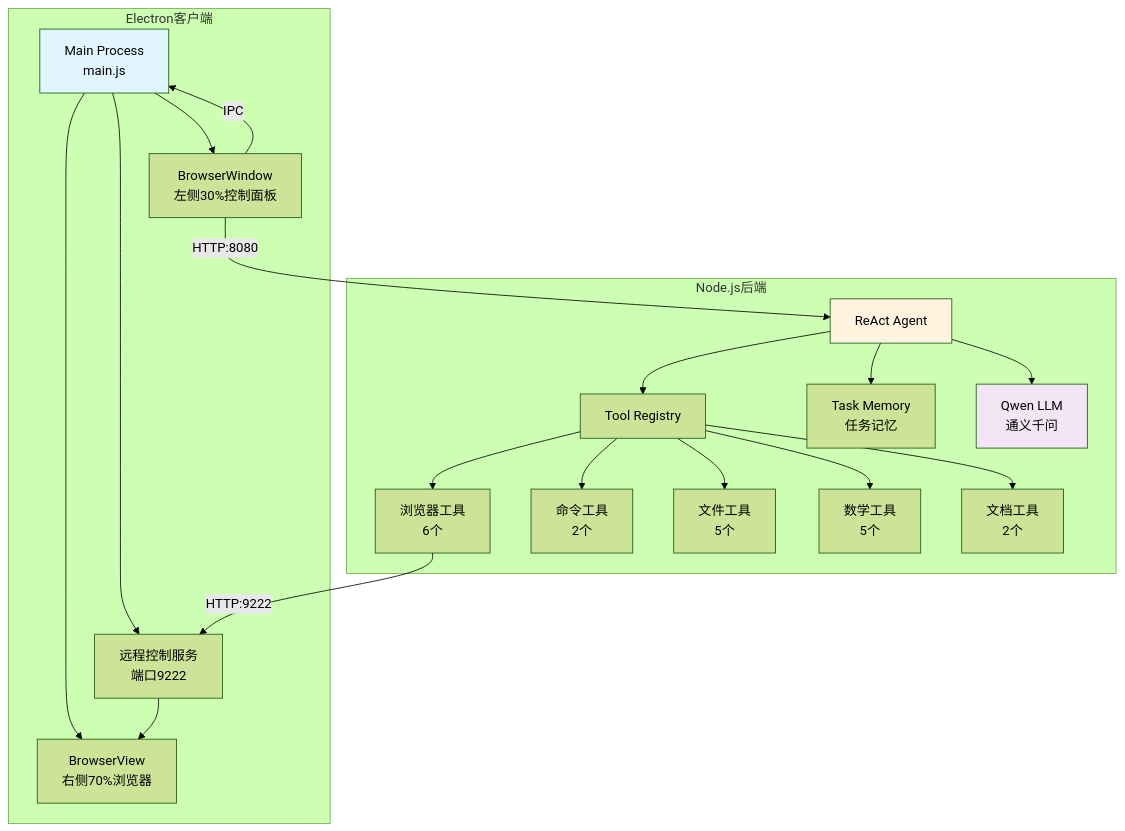
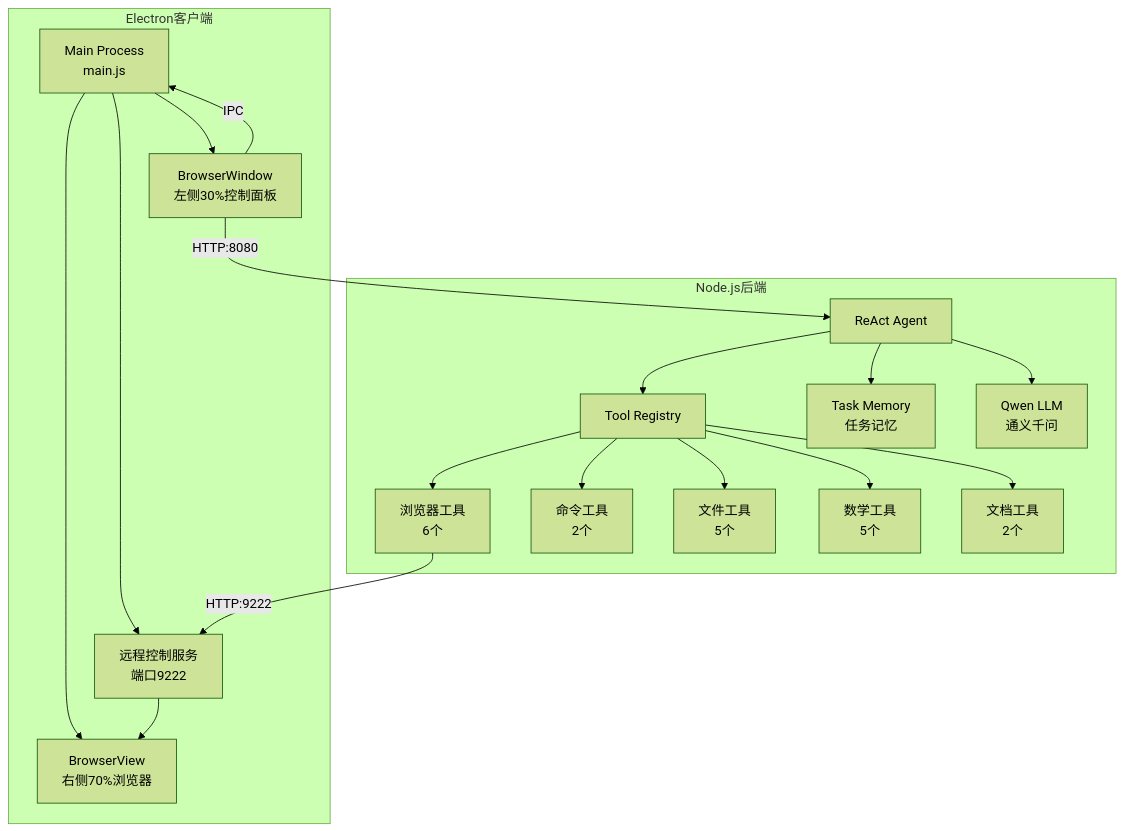
One commit to 1018053166/ReActAgentDemo changed the diagram in electron-react-mcp/README.md. Above: the diagram before and after it, drawn with Mermaid (forest theme). The commit also changed 1 other file, not shown here.

Commit message:
fix: 移除 Mermaid 图表中的 style 语句，修复渲染问题

````diff
--- a/electron-react-mcp/README.md
+++ b/electron-react-mcp/README.md
@@ -143,28 +143,24 @@
 ```mermaid
 graph TB
     subgraph Electron客户端
         A[Main Process<br/>main.js] --> B[BrowserWindow<br/>左侧30%控制面板]
         A --> C[BrowserView<br/>右侧70%浏览器]
         A --> D[远程控制服务<br/>端口9222]
     end
     
     subgraph Node.js后端
         E[ReAct Agent] --> F[Tool Registry]
         F --> G[浏览器工具<br/>6个]
         F --> H[命令工具<br/>2个]
         F --> I[文件工具<br/>5个]
         F --> J[数学工具<br/>5个]
         F --> K[文档工具<br/>2个]
         E --> L[Task Memory<br/>任务记忆]
         E --> M[Qwen LLM<br/>通义千问]
     end
     
     B -- IPC --> A
     B -- HTTP:8080 --> E
     G -- HTTP:9222 --> D
     D --> C
-    
-    style A fill:#e1f5ff
-    style E fill:#fff3e0
-    style M fill:#f3e5f5
 ```
````
